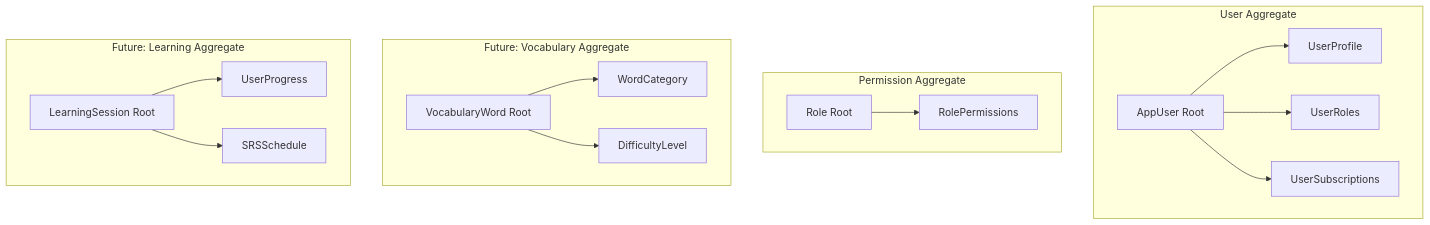
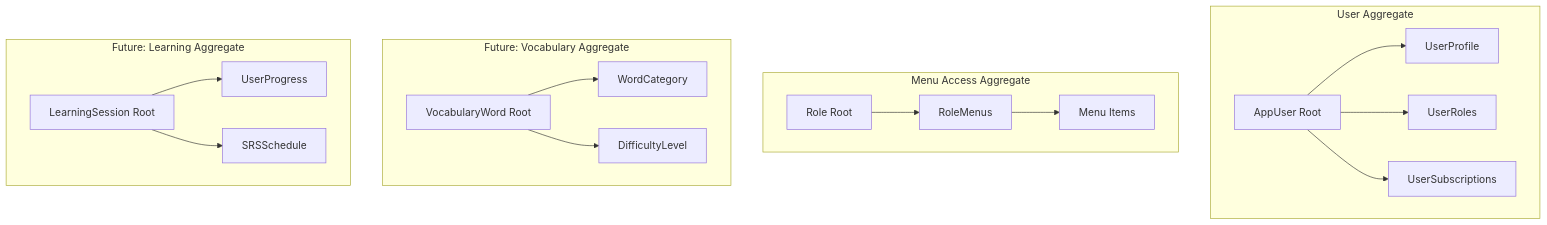
One commit to mdabdullahfaruque/StudyBridgeBD changed the fifth of 28 diagrams in docs/PROJECT_DOCUMENTATION.md. Above: the diagram before and after it, drawn with Mermaid. The commit also changed other lines of this file and 40 other files, not shown here.

First line of the commit message:
feat: Simplify RBAC to Menu-Based Access Control

````diff
--- a/docs/PROJECT_DOCUMENTATION.md
+++ b/docs/PROJECT_DOCUMENTATION.md
@@ -245,38 +252,40 @@
 ```mermaid
 graph TB
     subgraph "User Aggregate"
         USER[AppUser Root]
         PROFILE[UserProfile]
         ROLES[UserRoles]
         SUBS[UserSubscriptions]
         
         USER --> PROFILE
         USER --> ROLES
         USER --> SUBS
     end
     
-    subgraph "Permission Aggregate"
+    subgraph "Menu Access Aggregate"
         ROLE[Role Root]
-        PERMS[RolePermissions]
+        MENUS[RoleMenus]
+        MENU[Menu Items]
         
-        ROLE --> PERMS
+        ROLE --> MENUS
+        MENUS --> MENU
     end
     
     subgraph "Future: Vocabulary Aggregate"
         WORD[VocabularyWord Root]
         CATEGORY[WordCategory]
         DIFFICULTY[DifficultyLevel]
         
         WORD --> CATEGORY
         WORD --> DIFFICULTY
     end
     
     subgraph "Future: Learning Aggregate"
         SESSION[LearningSession Root]
         PROGRESS[UserProgress]
         SCHEDULE[SRSSchedule]
         
         SESSION --> PROGRESS
         SESSION --> SCHEDULE
     end
 ```
````
